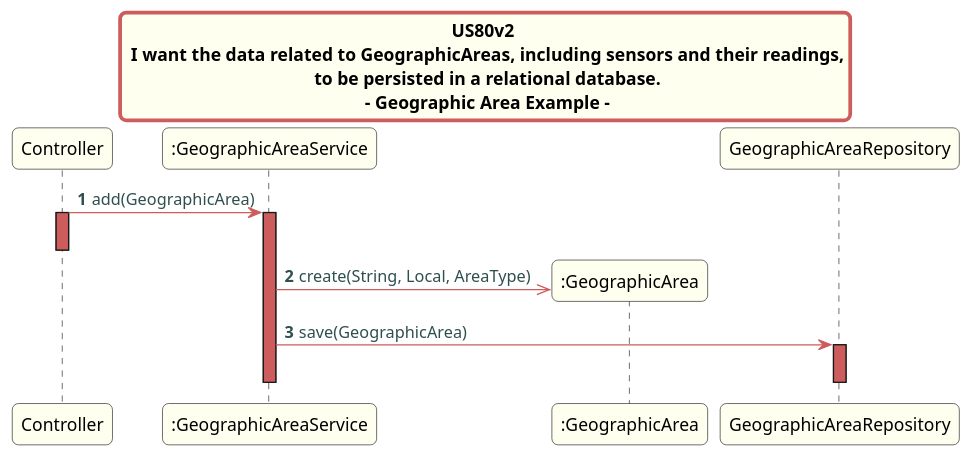
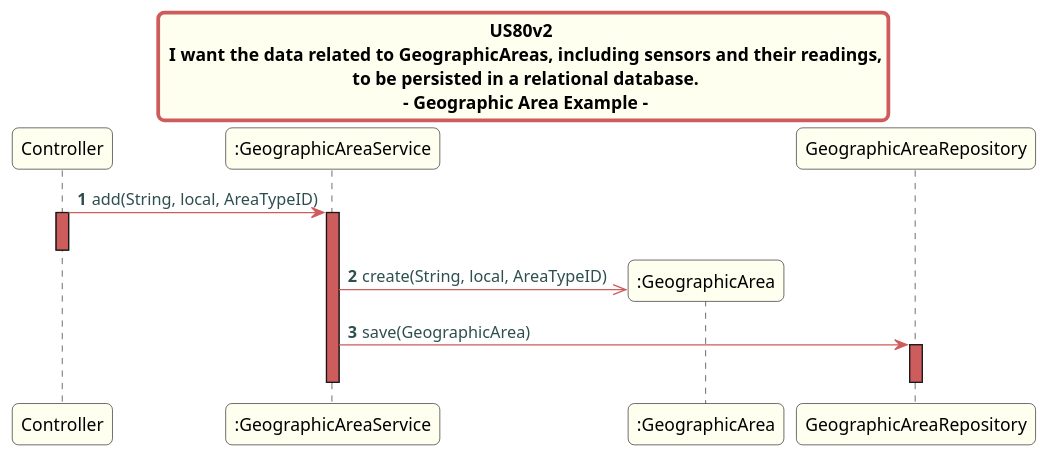
Before and after one commit to Almadanmp/project: the diagram in src/doc/Controllers/OtherUS/US80v2/US80v2AG.puml, drawn with PlantUML. The commit also changed 1 other file, not shown here.

Commit message:
REF#215 REF#197 Updates uml sequence diagrams

```diff
--- a/src/doc/Controllers/OtherUS/US80v2/US80v2AG.puml
+++ b/src/doc/Controllers/OtherUS/US80v2/US80v2AG.puml
@@ -1,42 +1,42 @@
 @startuml
 title US015v2 \n REF XML file.
 skinparam titleBorderRoundCorner 10
 skinparam titleBorderThickness 3
 skinparam titleBorderColor indianred
 skinparam titleBackgroundColor ivory
 skinparam FontName quicksand
 
 skinparam actor {
   BorderColor indianred
   }
 
 skinparam sequence {
   LifeLineBackgroundColor indianred
   ParticipantBackgroundColor ivory
 }
 
 skinparam roundcorner 10
 
 skinparam component {
   arrowThickness 1
   ArrowFontName Verdana
   ArrowColor indianred
   ArrowFontColor darkslategrey
 }
 
 
 title US80v2 \n I want the data related to GeographicAreas, including sensors and their readings,\n to be persisted in a relational database.\n - Geographic Area Example -
 
 autonumber
 
-Controller -> ":GeographicAreaService": add(GeographicArea)
+Controller -> ":GeographicAreaService": add(String, local, AreaTypeID)
 activate Controller
 deactivate Controller
 create ":GeographicArea"
 activate ":GeographicAreaService"
-":GeographicAreaService" ->> ":GeographicArea": create(String, Local, AreaType)
+":GeographicAreaService" ->> ":GeographicArea": create(String, local, AreaTypeID)
 ":GeographicAreaService" -> "GeographicAreaRepository": save(GeographicArea)
 activate "GeographicAreaRepository"
 deactivate "GeographicAreaRepository"
 deactivate ":GeographicAreaService"
 @enduml
```
